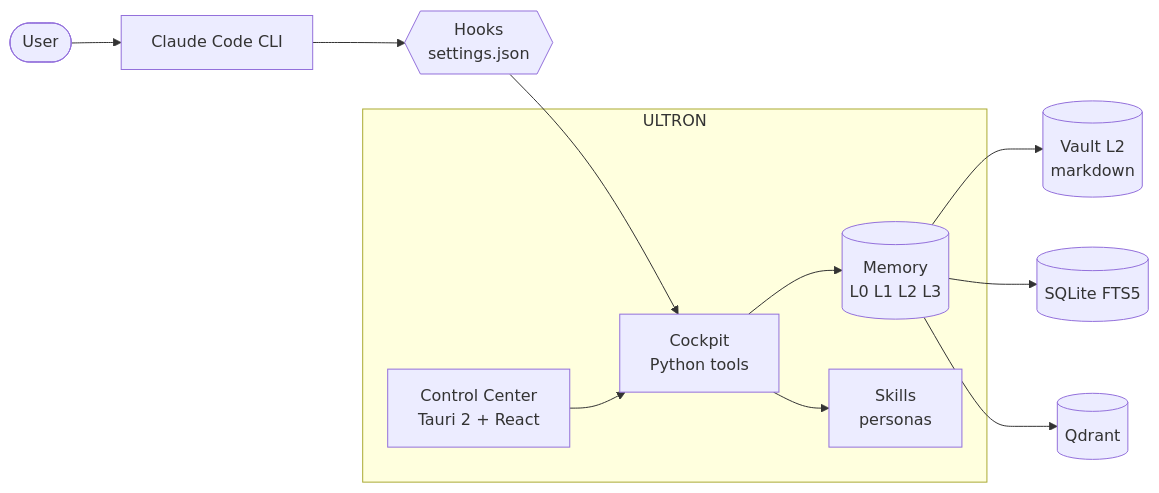
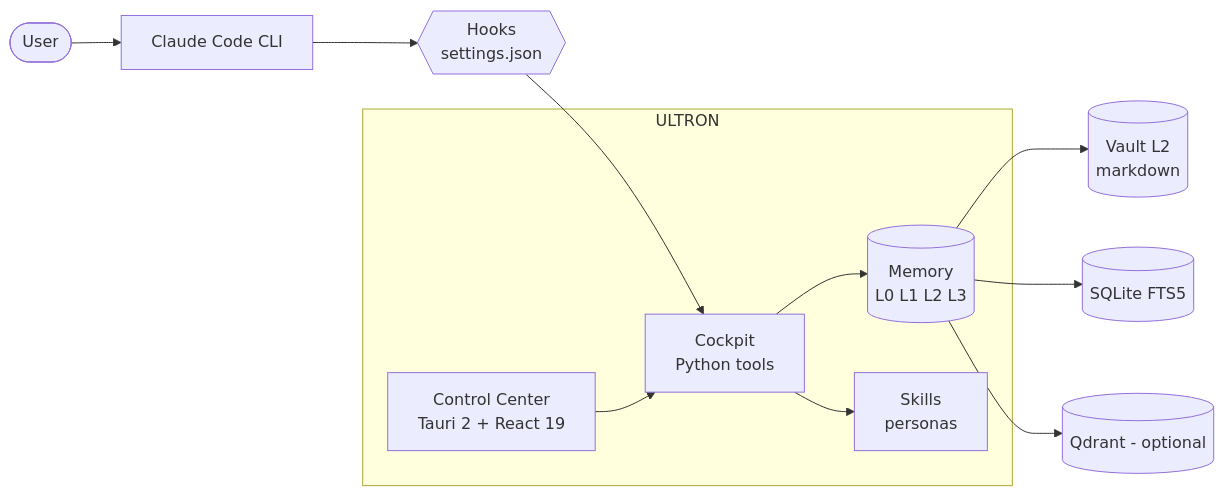
The second of 2 diagrams in README.md (SkiTemplar/ultron-control-center), drawn with Mermaid before and after one commit. The commit also changed other lines of this file and 9 other files, not shown here.

````diff
--- a/README.md
+++ b/README.md
@@ -75,25 +211,25 @@
 ```mermaid
 flowchart LR
     User([User])
     CC[Claude Code CLI]
     Hooks{{Hooks<br/>settings.json}}
     subgraph ULTRON
         Memory[(Memory<br/>L0 L1 L2 L3)]
         Skills[Skills<br/>personas]
         Cockpit[Cockpit<br/>Python tools]
-        GUI[Control Center<br/>Tauri 2 + React]
+        GUI[Control Center<br/>Tauri 2 + React 19]
     end
     Vault[(Vault L2<br/>markdown)]
     FTS[(SQLite FTS5)]
-    Q[(Qdrant)]
+    Q[(Qdrant - optional)]
 
     User --> CC
     CC --> Hooks
     Hooks --> Cockpit
     Cockpit --> Memory
     Memory --> Vault
     Memory --> FTS
     Memory --> Q
     Cockpit --> Skills
     GUI --> Cockpit
 ```
````
